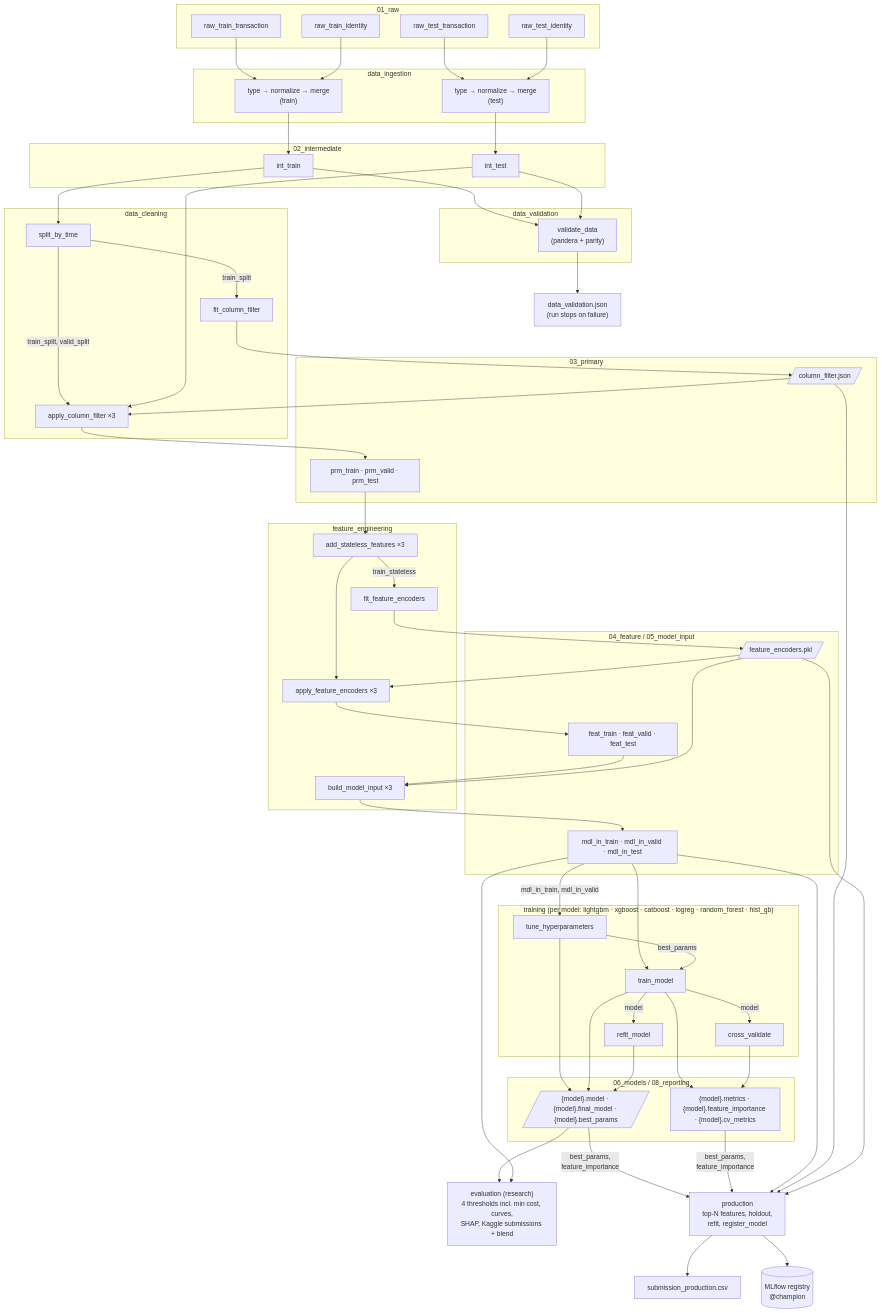
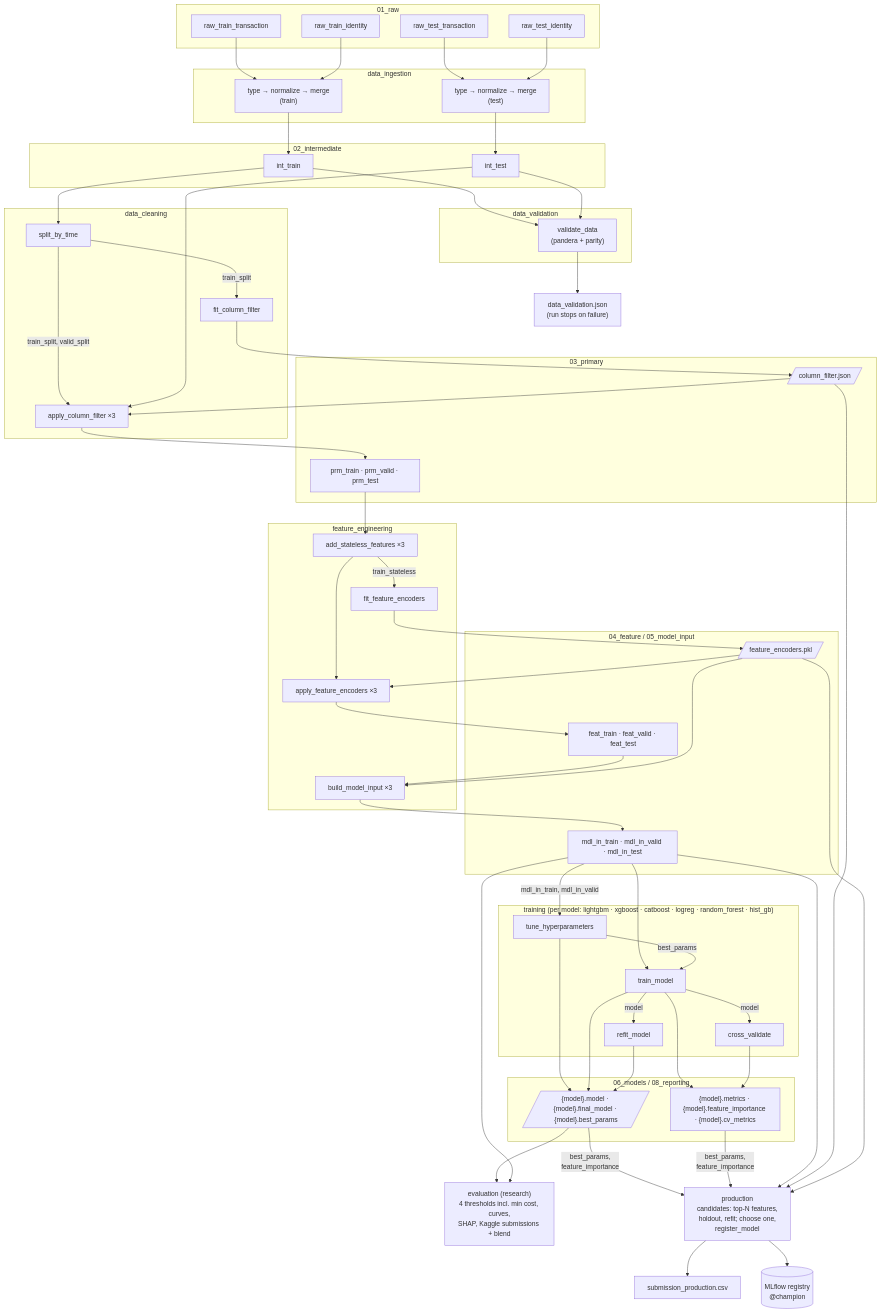
Before and after one commit to MikolajKurtyka/fraud-detection-kedro: the first of 10 diagrams in docs/05_pipelines.md, drawn with Mermaid. The commit also changed other lines of this file and 7 other files, not shown here.

Commit message:
docs: speed analysis (pandas vs NumPy, model, features), production candidates

````diff
--- a/docs/05_pipelines.md
+++ b/docs/05_pipelines.md
@@ -37,82 +38,82 @@
 ```mermaid
 flowchart TB
     subgraph L1["01_raw"]
         RTT[raw_train_transaction]
         RTI[raw_train_identity]
         RST[raw_test_transaction]
         RSI[raw_test_identity]
     end
 
     subgraph P1["data_ingestion"]
         ING_TR["type → normalize → merge<br/>(train)"]
         ING_TE["type → normalize → merge<br/>(test)"]
     end
 
     subgraph L2["02_intermediate"]
         INT_TR[int_train]
         INT_TE[int_test]
     end
 
     subgraph P1b["data_validation"]
         VAL["validate_data<br/>(pandera + parity)"]
     end
 
     subgraph P2["data_cleaning"]
         SPLIT[split_by_time]
         FITCF[fit_column_filter]
         APPCF["apply_column_filter ×3"]
     end
 
     subgraph L3["03_primary"]
         CF[/column_filter.json/]
         PRM["prm_train · prm_valid · prm_test"]
     end
 
     subgraph P3["feature_engineering"]
         STL["add_stateless_features ×3"]
         FITFE[fit_feature_encoders]
         APPFE["apply_feature_encoders ×3"]
         BMI["build_model_input ×3"]
     end
 
     subgraph L4["04_feature / 05_model_input"]
         FE[/feature_encoders.pkl/]
         FEAT["feat_train · feat_valid · feat_test"]
         MDL["mdl_in_train · mdl_in_valid · mdl_in_test"]
     end
 
     subgraph P4["training (per model: lightgbm · xgboost · catboost · logreg · random_forest · hist_gb)"]
         TUNE[tune_hyperparameters]
         TRAIN[train_model]
         CV[cross_validate]
         REFIT[refit_model]
     end
 
     subgraph L6["06_models / 08_reporting"]
         MOD[/"{model}.model · {model}.final_model · {model}.best_params"/]
         REP["{model}.metrics · {model}.feature_importance · {model}.cv_metrics"]
     end
 
     RTT & RTI --> ING_TR --> INT_TR
     RST & RSI --> ING_TE --> INT_TE
     INT_TR & INT_TE --> VAL --> VREP["data_validation.json<br/>(run stops on failure)"]
     INT_TR --> SPLIT -->|train_split| FITCF --> CF
     SPLIT -->|"train_split, valid_split"| APPCF
     INT_TE --> APPCF
     CF --> APPCF --> PRM
     PRM --> STL -->|train_stateless| FITFE --> FE
     STL --> APPFE
     FE --> APPFE --> FEAT --> BMI --> MDL
     FE --> BMI
     MDL -->|"mdl_in_train, mdl_in_valid"| TUNE --> MOD
     MDL --> TRAIN
     TUNE -->|best_params| TRAIN --> MOD & REP
     TRAIN -->|model| CV --> REP
     TRAIN -->|model| REFIT --> MOD
 
     MOD & MDL --> EVAL["evaluation (research)<br/>4 thresholds incl. min cost, curves,<br/>SHAP, Kaggle submissions + blend"]
-    MOD & REP -->|"best_params,<br/>feature_importance"| PROD["production<br/>top-N features, holdout,<br/>refit, register_model"]
+    MOD & REP -->|"best_params,<br/>feature_importance"| PROD["production<br/>candidates: top-N features,<br/>holdout, refit; choose one,<br/>register_model"]
     MDL & CF & FE --> PROD
     PROD --> SUB["submission_production.csv"]
     PROD --> REG[("MLflow registry<br/>@champion")]
 ```
````
